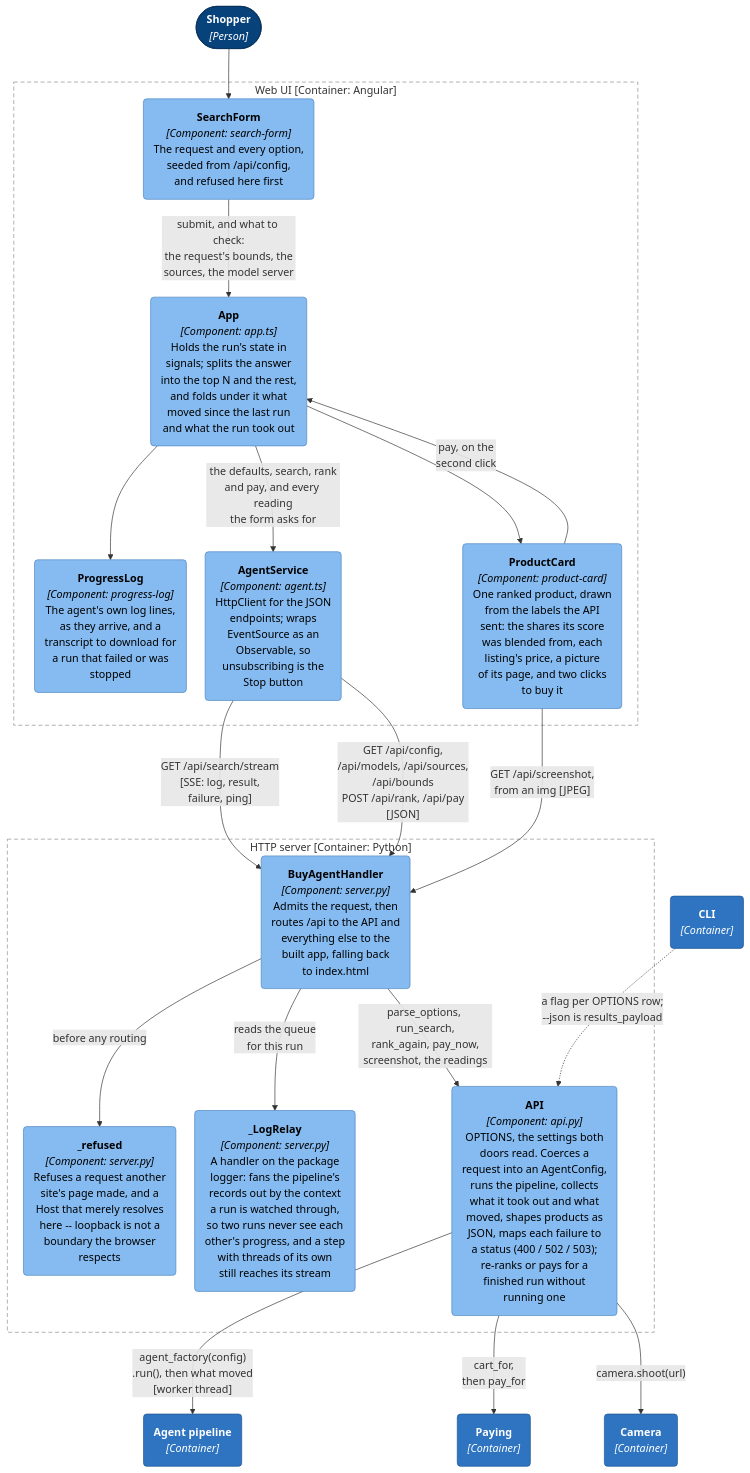
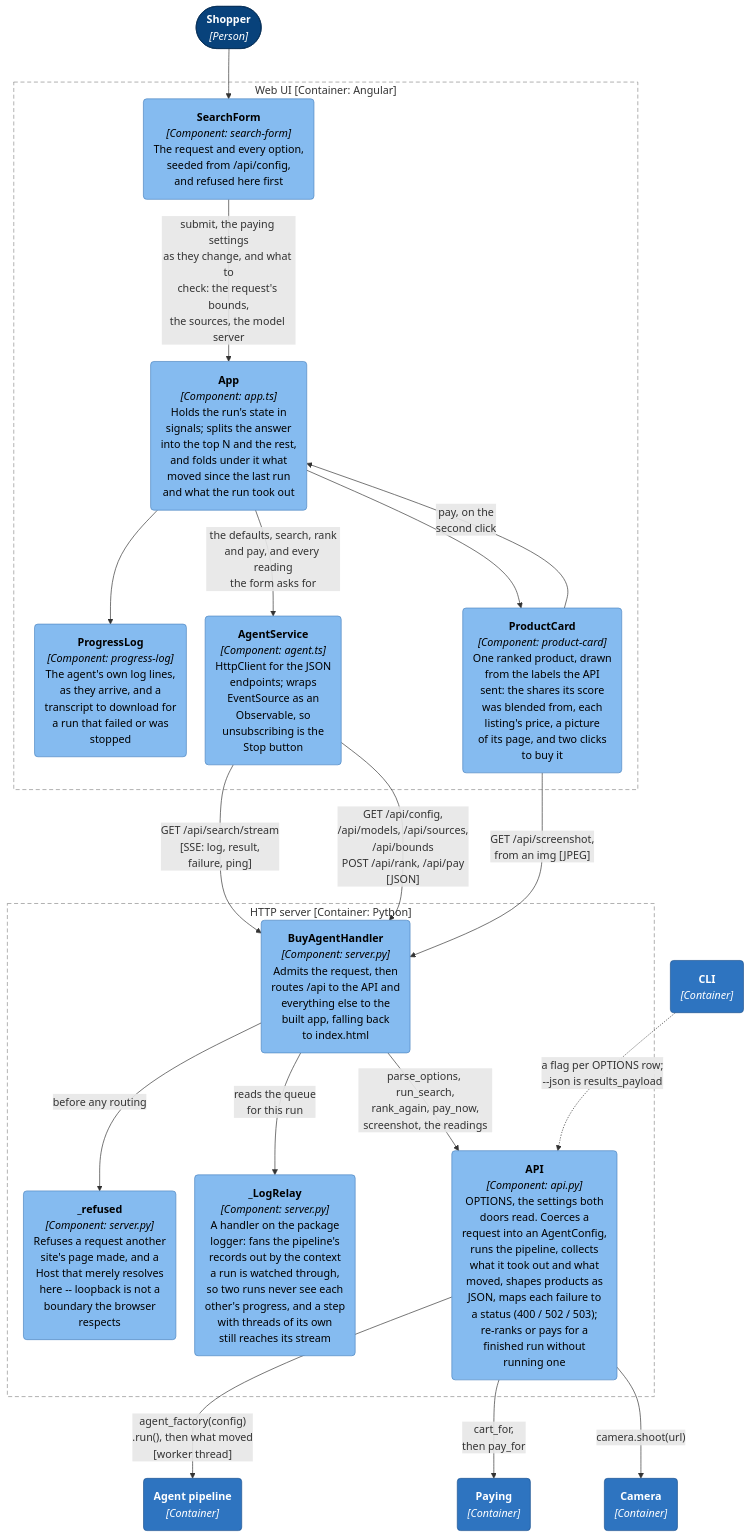
Before and after one commit to adamw7/buy_agent: the ninth of 11 diagrams in docs/architecture.md, drawn with Mermaid. The commit also changed 21 other files, not shown here.

First line of the commit message:
Forget the shopper's bounds between visits, say why a held press searched nothing, and mend the demo's model list (#294)

````diff
--- a/docs/architecture.md
+++ b/docs/architecture.md
@@ -463,58 +463,58 @@
 ```mermaid
 ---
 config:
   flowchart:
     wrappingWidth: 400
     nodeSpacing: 28
     rankSpacing: 50
 ---
 graph TB
     browserUser(["<b>Shopper</b><br/><i>[Person]</i>"])
 
     subgraph spa["Web UI [Container: Angular]"]
         form("<b>SearchForm</b><br/><i>[Component: search-form]</i><br/>The request and every option,<br/>seeded from /api/config,<br/>and refused here first")
         app("<b>App</b><br/><i>[Component: app.ts]</i><br/>Holds the run's state in<br/>signals; splits the answer<br/>into the top N and the rest,<br/>and folds under it what<br/>moved since the last run<br/>and what the run took out")
         log("<b>ProgressLog</b><br/><i>[Component: progress-log]</i><br/>The agent's own log lines,<br/>as they arrive, and a<br/>transcript to download for<br/>a run that failed or was<br/>stopped")
         card("<b>ProductCard</b><br/><i>[Component: product-card]</i><br/>One ranked product, drawn<br/>from the labels the API<br/>sent: the shares its score<br/>was blended from, each<br/>listing's price, a picture<br/>of its page, and two clicks<br/>to buy it")
         agentsvc("<b>AgentService</b><br/><i>[Component: agent.ts]</i><br/>HttpClient for the JSON<br/>endpoints; wraps<br/>EventSource as an<br/>Observable, so<br/>unsubscribing is the<br/>Stop button")
     end
 
     subgraph srv["HTTP server [Container: Python]"]
         handler("<b>BuyAgentHandler</b><br/><i>[Component: server.py]</i><br/>Admits the request, then<br/>routes /api to the API and<br/>everything else to the<br/>built app, falling back<br/>to index.html")
         guard("<b>_refused</b><br/><i>[Component: server.py]</i><br/>Refuses a request another<br/>site's page made, and a<br/>Host that merely resolves<br/>here -- loopback is not a<br/>boundary the browser<br/>respects")
         relay("<b>_LogRelay</b><br/><i>[Component: server.py]</i><br/>A handler on the package<br/>logger: fans the pipeline's<br/>records out by the context<br/>a run is watched through,<br/>so two runs never see each<br/>other's progress, and a step<br/>with threads of its own<br/>still reaches its stream")
         api("<b>API</b><br/><i>[Component: api.py]</i><br/>OPTIONS, the settings both<br/>doors read. Coerces a<br/>request into an AgentConfig,<br/>runs the pipeline, collects<br/>what it took out and what<br/>moved, shapes products as<br/>JSON, maps each failure to<br/>a status (400 / 502 / 503);<br/>re-ranks or pays for a<br/>finished run without<br/>running one")
     end
 
     cli("<b>CLI</b><br/><i>[Container]</i>")
     agentpipeline("<b>Agent pipeline</b><br/><i>[Container]</i>")
     paying("<b>Paying</b><br/><i>[Container]</i>")
     camera("<b>Camera</b><br/><i>[Container]</i>")
 
     browserUser --> form
-    form -->|"submit, and what to check:<br/>the request's bounds, the<br/>sources, the model server"| app
+    form -->|"submit, the paying settings<br/>as they change, and what to<br/>check: the request's bounds,<br/>the sources, the model server"| app
     app --> log
     app --> card
     card -->|"pay, on the<br/>second click"| app
     app -->|"the defaults, search, rank<br/>and pay, and every reading<br/>the form asks for"| agentsvc
     agentsvc -->|"GET /api/search/stream<br/>[SSE: log, result,<br/>failure, ping]"| handler
     agentsvc -->|"GET /api/config,<br/>/api/models, /api/sources,<br/>/api/bounds<br/>POST /api/rank, /api/pay<br/>[JSON]"| handler
     card -->|"GET /api/screenshot,<br/>from an img [JPEG]"| handler
 
     handler -->|"before any routing"| guard
     handler -->|"parse_options, run_search,<br/>rank_again, pay_now,<br/>screenshot, the readings"| api
     handler -->|"reads the queue<br/>for this run"| relay
     cli -.->|"a flag per OPTIONS row;<br/>--json is results_payload"| api
     api -->|"agent_factory(config)<br/>.run(), then what moved<br/>[worker thread]"| agentpipeline
     api -->|"cart_for,<br/>then pay_for"| paying
     api -->|"camera.shoot(url)"| camera
 
     classDef person fill:#08427b,stroke:#052e56,color:#fff
     classDef container fill:#2e74c0,stroke:#1d5390,color:#fff
     classDef component fill:#85bbf0,stroke:#4f86c0,color:#000
     class browserUser person
     class cli,agentpipeline,paying,camera container
     class app,form,log,card,agentsvc,handler,guard,relay,api component
     style spa fill:none,stroke:#8c8c8c,stroke-width:1px,stroke-dasharray:6 4
     style srv fill:none,stroke:#8c8c8c,stroke-width:1px,stroke-dasharray:6 4
 ```
````
